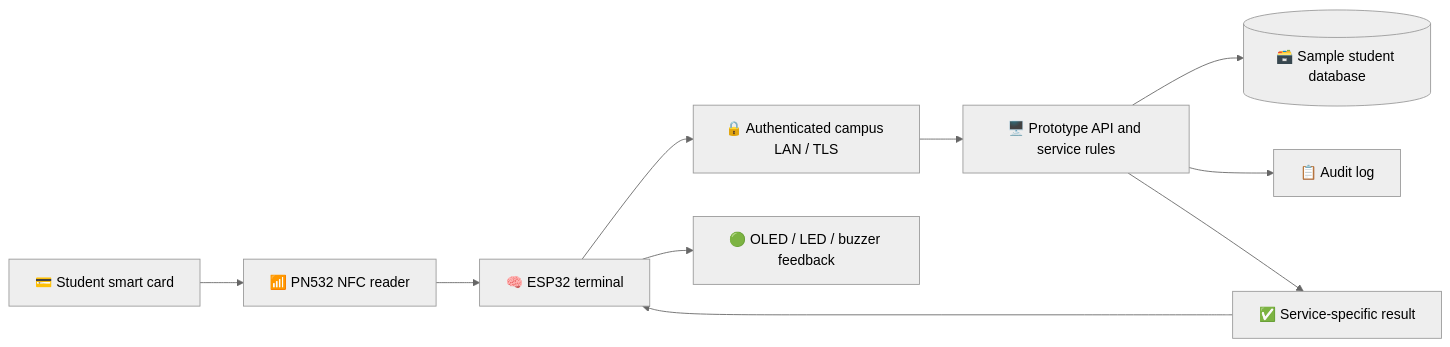
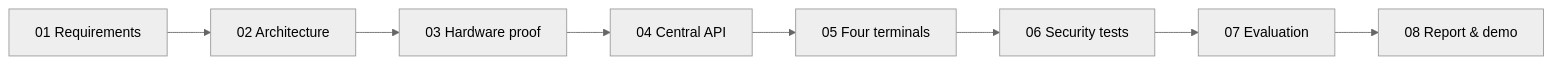
Before and after one commit to codetherapistpita-oss/codetherapistpita-oss: the third of 3 diagrams in knowledge-hub/17-IOT-SMART-STUDENT-CARD/README.md, drawn with Mermaid (neutral theme). The commit also changed other lines of this file, not shown here.

````diff
--- a/knowledge-hub/17-IOT-SMART-STUDENT-CARD/README.md
+++ b/knowledge-hub/17-IOT-SMART-STUDENT-CARD/README.md
@@ -46,12 +108,10 @@
 ```mermaid
 flowchart LR
-  A["💳 Student smart card"] --> B["📶 PN532 NFC reader"]
-  B --> C["🧠 ESP32 terminal"]
-  C --> D["🔒 Authenticated campus LAN / TLS"]
-  D --> E["🖥️ Prototype API and service rules"]
-  E --> F[("🗃️ Sample student database")]
-  E --> G["📋 Audit log"]
-  E --> H["✅ Service-specific result"]
-  H --> C
-  C --> I["🟢 OLED / LED / buzzer feedback"]
+  A["01 Requirements"] --> B["02 Architecture"]
+  B --> C["03 Hardware proof"]
+  C --> D["04 Central API"]
+  D --> E["05 Four terminals"]
+  E --> F["06 Security tests"]
+  F --> G["07 Evaluation"]
+  G --> H["08 Report & demo"]
 ```
````
